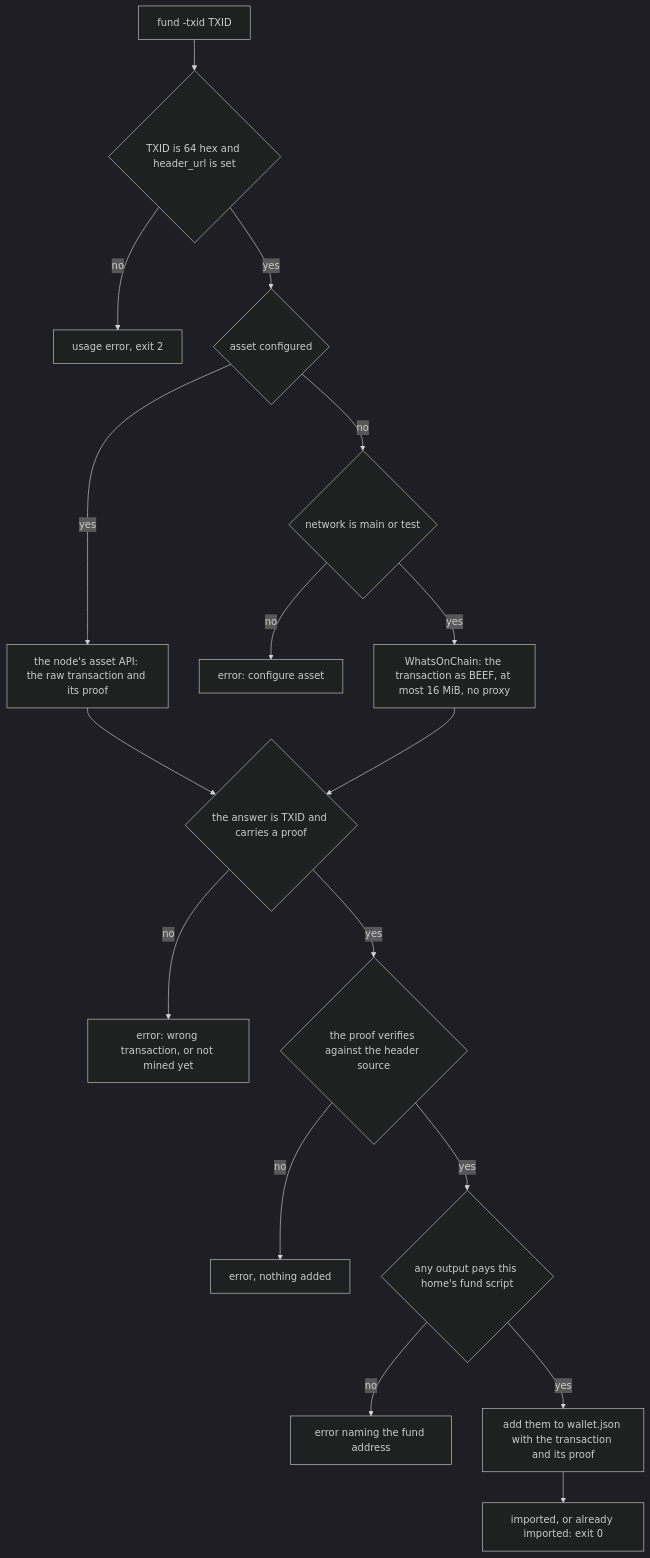
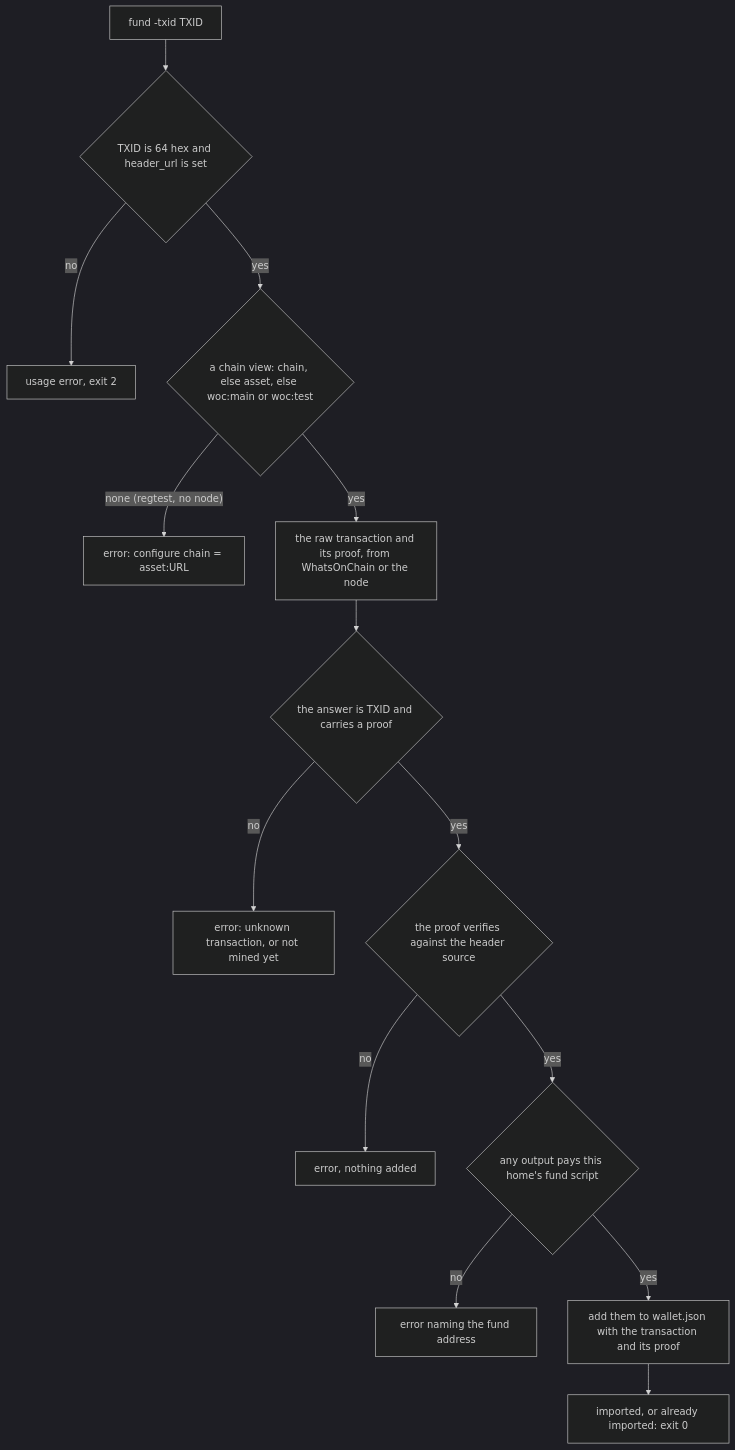
Before and after one commit to lightwebinc/bfinger: the diagram in docs/owner-flow.md, drawn with Mermaid (dark theme). The commit also changed other lines of this file and 10 other files, not shown here.

````diff
--- a/docs/owner-flow.md
+++ b/docs/owner-flow.md
@@ -55,19 +57,16 @@
 ```mermaid
 flowchart TD
   IN["fund -txid TXID"] --> V{"TXID is 64 hex and header_url is set"}
   V -->|"no"| U["usage error, exit 2"]
-  V -->|"yes"| SRC{"asset configured"}
-  SRC -->|"yes"| NODE["the node's asset API: the raw transaction and its proof"]
-  SRC -->|"no"| NET{"network is main or test"}
-  NET -->|"no"| E1["error: configure asset"]
-  NET -->|"yes"| WOC["WhatsOnChain: the transaction as BEEF, at most 16 MiB, no proxy"]
-  NODE --> ID{"the answer is TXID and carries a proof"}
-  WOC --> ID
-  ID -->|"no"| E2["error: wrong transaction, or not mined yet"]
+  V -->|"yes"| SRC{"a chain view: chain, else asset, else woc:main or woc:test"}
+  SRC -->|"none (regtest, no node)"| E1["error: configure chain = asset:URL"]
+  SRC -->|"yes"| VIEW["the raw transaction and its proof, from WhatsOnChain or the node"]
+  VIEW --> ID{"the answer is TXID and carries a proof"}
+  ID -->|"no"| E2["error: unknown transaction, or not mined yet"]
   ID -->|"yes"| PROOF{"the proof verifies against the header source"}
   PROOF -->|"no"| E3["error, nothing added"]
   PROOF -->|"yes"| OUTS{"any output pays this home's fund script"}
   OUTS -->|"no"| E4["error naming the fund address"]
   OUTS -->|"yes"| ADD["add them to wallet.json with the transaction and its proof"]
   ADD --> SAY["imported, or already imported: exit 0"]
 ```
````
